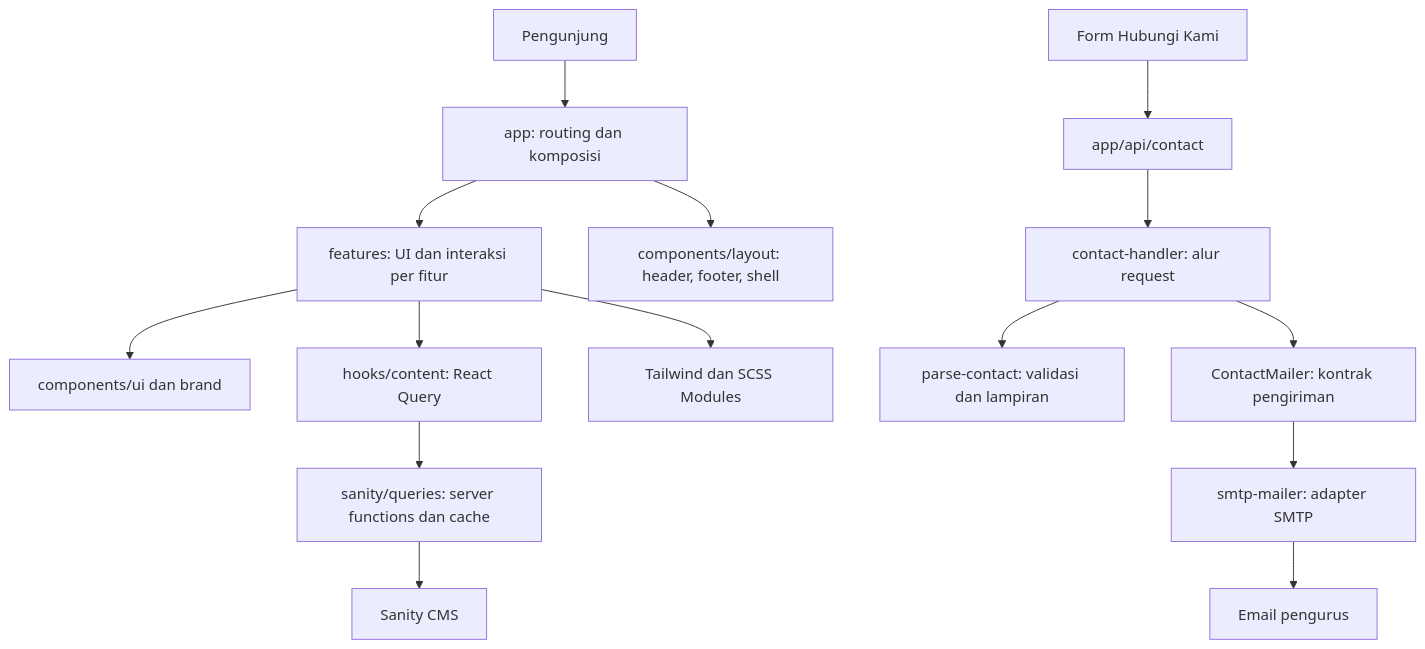
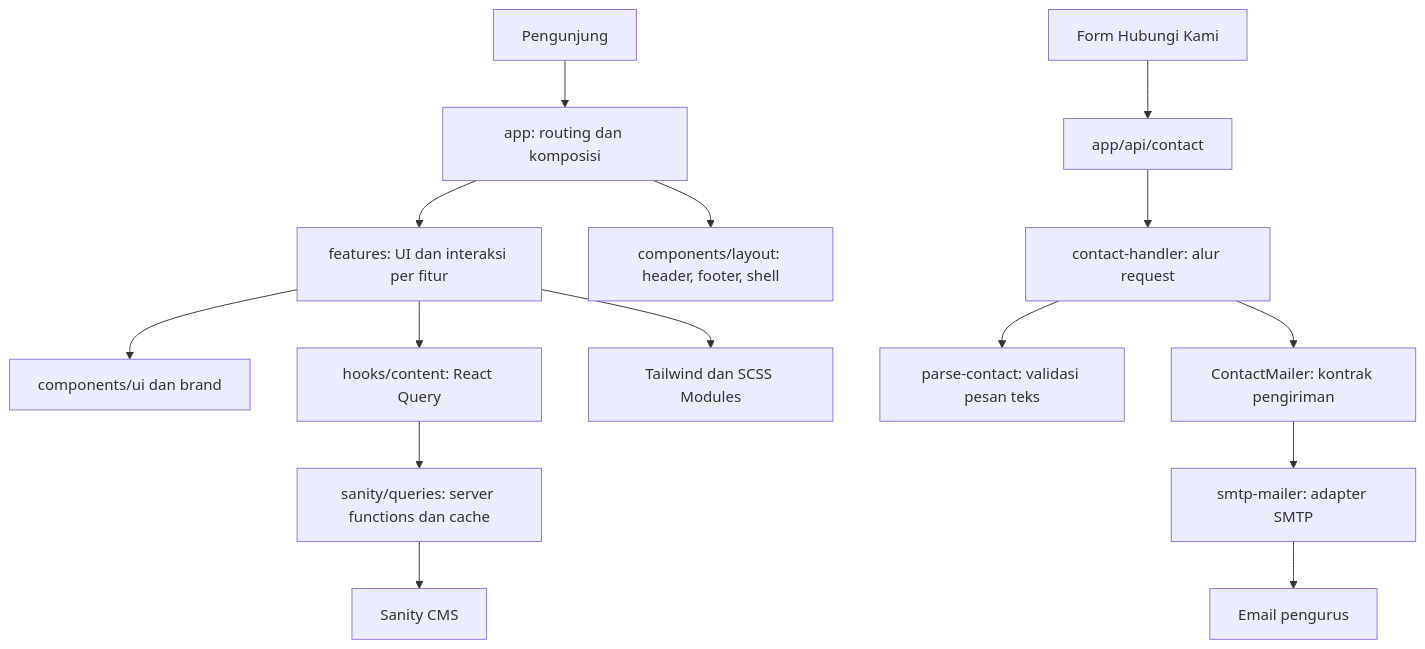
Before and after one commit to medkomsr/website-ukm-sr: the diagram in README.md, drawn with Mermaid. The commit also changed other lines of this file and 25 other files, not shown here.

````diff
--- a/README.md
+++ b/README.md
@@ -36,17 +36,17 @@
 ```mermaid
 flowchart TD
   Visitor[Pengunjung] --> Routes[app: routing dan komposisi]
   Routes --> Features[features: UI dan interaksi per fitur]
   Routes --> Layout[components/layout: header, footer, shell]
   Features --> Shared[components/ui dan brand]
   Features --> Hooks[hooks/content: React Query]
   Hooks --> Queries[sanity/queries: server functions dan cache]
   Queries --> CMS[Sanity CMS]
   Features --> Styles[Tailwind dan SCSS Modules]
   Contact[Form Hubungi Kami] --> API[app/api/contact]
   API --> Handler[contact-handler: alur request]
-  Handler --> Validation[parse-contact: validasi dan lampiran]
+  Handler --> Validation[parse-contact: validasi pesan teks]
   Handler --> Port[ContactMailer: kontrak pengiriman]
   Port --> SMTP[smtp-mailer: adapter SMTP]
   SMTP --> Inbox[Email pengurus]
 ```
````
